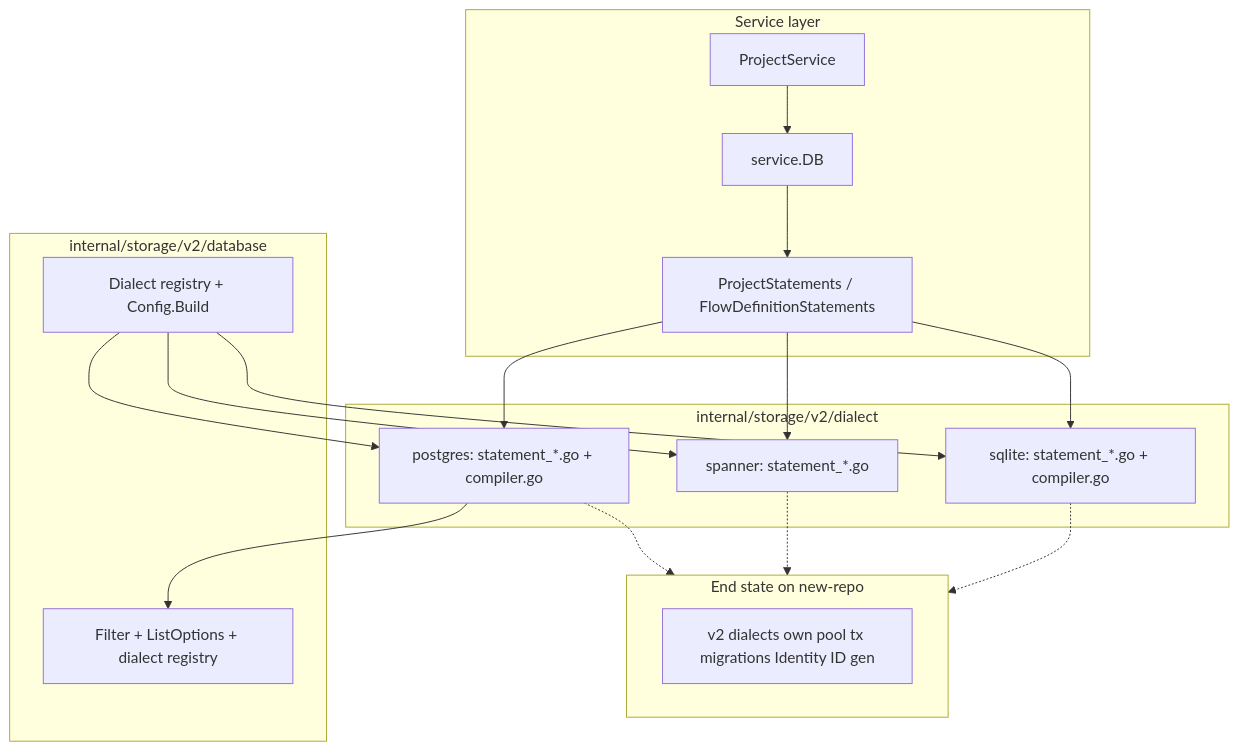
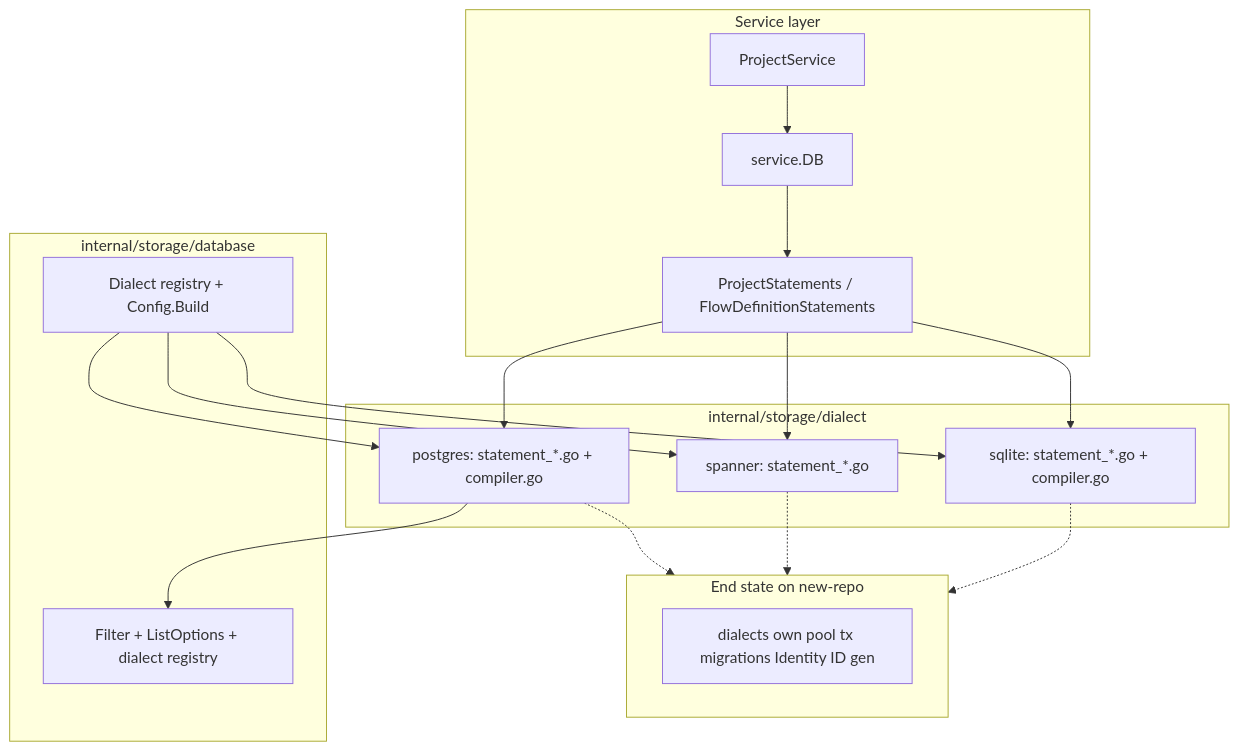
One commit to zitadel/nextgen changed the first of 2 diagrams in docs/adrs/028-storage-v2-statements-and-dialects.md. Above: the diagram before and after it, drawn with Mermaid. The commit also changed other lines of this file and 16 other files, not shown here.

````diff
--- a/docs/adrs/028-storage-v2-statements-and-dialects.md
+++ b/docs/adrs/028-storage-v2-statements-and-dialects.md
@@ -125,33 +125,33 @@
 ```mermaid
 flowchart TB
     subgraph serviceLayer [Service layer]
         ProjectService
         StatementIfaces["ProjectStatements / FlowDefinitionStatements"]
         serviceDB["service.DB"]
     end
-    subgraph v2core [internal/storage/v2/database]
+    subgraph storageCore [internal/storage/database]
         CoreTypes["Filter + ListOptions + dialect registry"]
         DialectReg["Dialect registry + Config.Build"]
     end
-    subgraph dialects [internal/storage/v2/dialect]
+    subgraph dialects [internal/storage/dialect]
         pg["postgres: statement_*.go + compiler.go"]
         sp["spanner: statement_*.go"]
         sq["sqlite: statement_*.go + compiler.go"]
     end
     subgraph endState [End state on new-repo]
-        v2Only["v2 dialects own pool tx migrations Identity ID gen"]
+        v2Only["dialects own pool tx migrations Identity ID gen"]
     end
 
     ProjectService --> serviceDB
     serviceDB --> StatementIfaces
     StatementIfaces --> pg
     StatementIfaces --> sp
     StatementIfaces --> sq
     pg --> CoreTypes
     DialectReg --> pg
     DialectReg --> sp
     DialectReg --> sq
     pg -.-> endState
     sp -.-> endState
     sq -.-> endState
 ```
````
